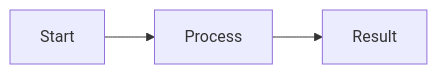
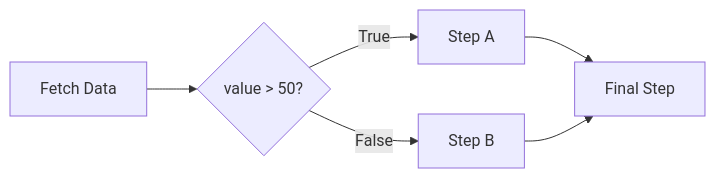
One commit to wisrovi/wpipe changed the first of 5 diagrams in examples/04_condition/01_basic_condition_example/README.md. Above: the diagram before and after it, drawn with Mermaid. The commit also changed other lines of this file and 182 other files, not shown here.

First line of the commit message:
Add type hints, docstrings, and Mermaid diagrams to all examples

````diff
--- a/examples/04_condition/01_basic_condition_example/README.md
+++ b/examples/04_condition/01_basic_condition_example/README.md
@@ -9,4 +11,8 @@
 ```mermaid
-flowchart LR
-    A[Start] --> B[Process] --> C[Result]
+graph LR
+    A[Fetch Data] --> B{value > 50?}
+    B -->|True| C[Step A]
+    B -->|False| D[Step B]
+    C --> E[Final Step]
+    D --> E
 ```
````
